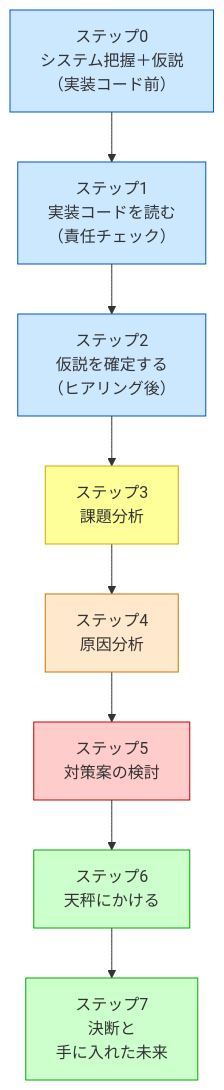
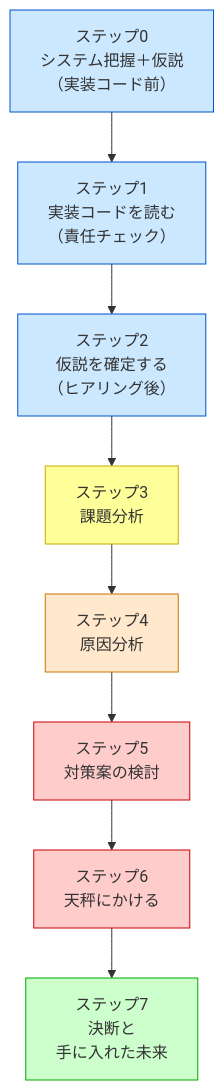
One commit to kumachan1101-pixel/DesignPattern changed the diagram in kindle/design-patterns/output/chapter00_2.md. Above: the diagram before and after it, drawn with Mermaid. The commit also changed other lines of this file, not shown here.

````diff
--- a/kindle/design-patterns/output/chapter00_2.md
+++ b/kindle/design-patterns/output/chapter00_2.md
@@ -26,22 +26,22 @@
 ```mermaid
 graph TD
     S0["ステップ0<br>システム把握＋仮説<br>（実装コード前）"]
     S1["ステップ1<br>実装コードを読む<br>（責任チェック）"]
     S2["ステップ2<br>仮説を確定する<br>（ヒアリング後）"]
     S3["ステップ3<br>課題分析"]
     S4["ステップ4<br>原因分析"]
     S5["ステップ5<br>対策案の検討"]
     S6["ステップ6<br>天秤にかける"]
     S7["ステップ7<br>決断と<br>手に入れた未来"]
 
     S0 --> S1 --> S2 --> S3 --> S4 --> S5 --> S6 --> S7
 
     style S0 fill:#cce8ff,stroke:#0055cc
     style S1 fill:#cce8ff,stroke:#0055cc
     style S2 fill:#cce8ff,stroke:#0055cc
     style S3 fill:#ffff99,stroke:#ccaa00
     style S4 fill:#ffe8cc,stroke:#cc7700
     style S5 fill:#ffcccc,stroke:#cc0000
-    style S6 fill:#ccffcc,stroke:#00aa00
+    style S6 fill:#ffcccc,stroke:#cc0000
     style S7 fill:#ccffcc,stroke:#00aa00
 ```
````
